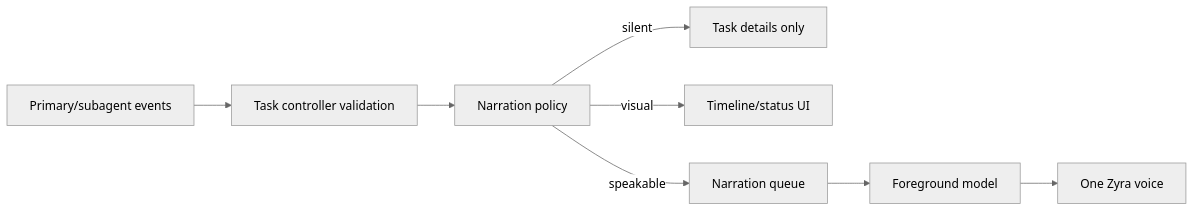
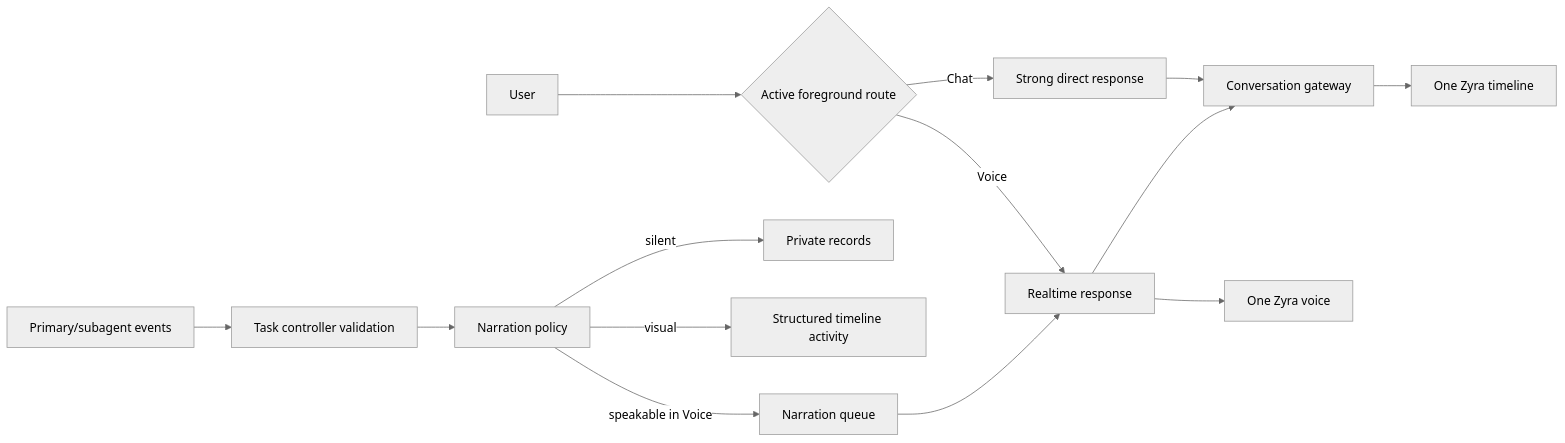
Before and after one commit to elsondev2/zyra: the first of 6 diagrams in docs/architecture/voice-agent/narration-and-interaction.md, drawn with Mermaid (neutral theme). The commit also changed other lines of this file and 42 other files, not shown here.

Commit message:
docs: define canonical chat and explicit voice routing

````diff
--- a/docs/architecture/voice-agent/narration-and-interaction.md
+++ b/docs/architecture/voice-agent/narration-and-interaction.md
@@ -12,10 +12,18 @@
 ```mermaid
 flowchart LR
+    U[User] --> R{Active foreground route}
+    R -->|Chat| S[Strong direct response]
+    R -->|Voice| F[Realtime response]
+
     W[Primary/subagent events] --> C[Task controller validation]
     C --> P[Narration policy]
-    P -->|silent| D[Task details only]
-    P -->|visual| V[Timeline/status UI]
-    P -->|speakable| Q[Narration queue]
-    Q --> F[Foreground model]
-    F --> U[One Zyra voice]
+    P -->|silent| D[Private records]
+    P -->|visual| V[Structured timeline activity]
+    P -->|speakable in Voice| Q[Narration queue]
+    Q --> F
+
+    S --> G[Conversation gateway]
+    F --> G
+    G --> O[One Zyra timeline]
+    F --> A[One Zyra voice]
 ```
````
